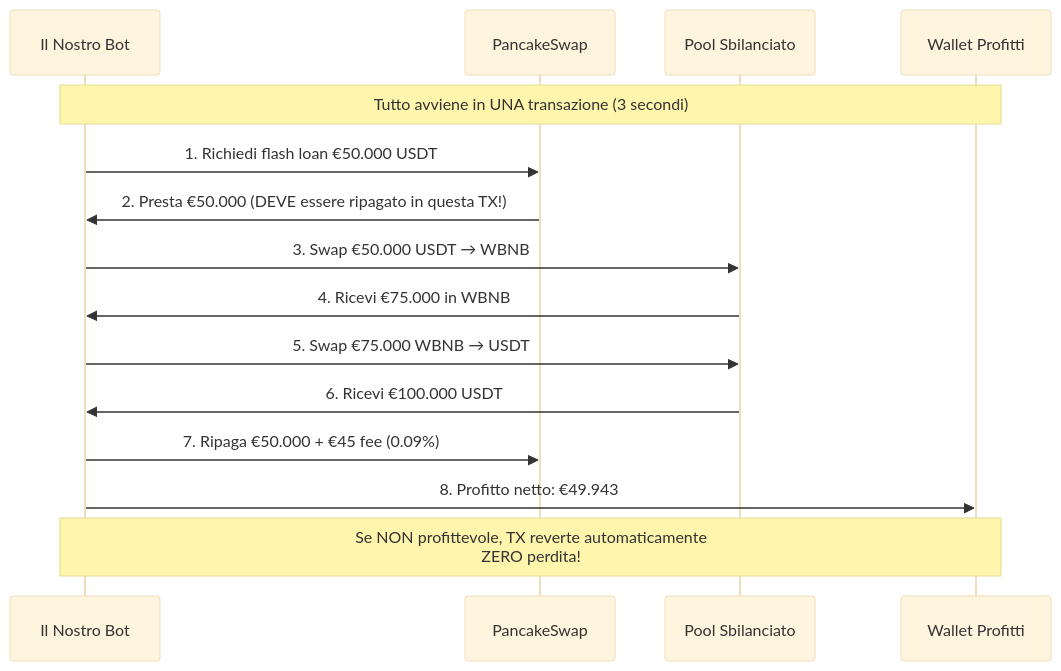
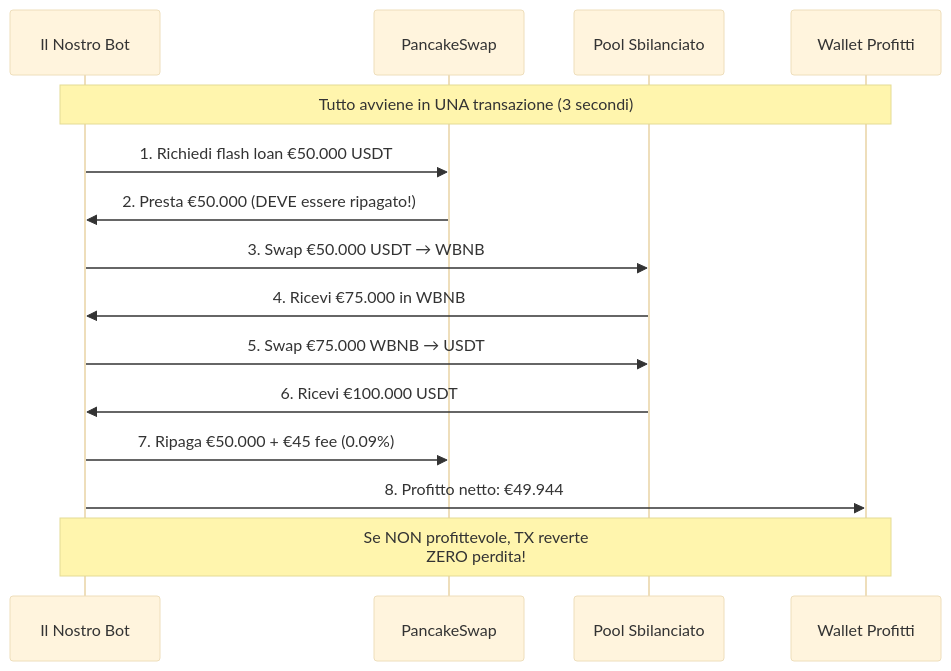
The fifth of 8 diagrams in PROPOSTA_ESECUTIVA_ARBITRAGGIO_BSC.md (AIgen-Solutions-s-r-l/bsc), drawn with Mermaid (base theme) before and after one commit. The commit also changed other lines of this file, not shown here.

````diff
--- a/PROPOSTA_ESECUTIVA_ARBITRAGGIO_BSC.md
+++ b/PROPOSTA_ESECUTIVA_ARBITRAGGIO_BSC.md
@@ -472,23 +449,23 @@
 ```mermaid
 sequenceDiagram
     participant Bot as Il Nostro Bot
     participant Pancake as PancakeSwap
     participant Pool as Pool Sbilanciato
     participant Wallet as Wallet Profitti
 
     Note over Bot,Wallet: Tutto avviene in UNA transazione (3 secondi)
 
     Bot->>Pancake: 1. Richiedi flash loan €50.000 USDT
-    Pancake->>Bot: 2. Presta €50.000 (DEVE essere ripagato in questa TX!)
+    Pancake->>Bot: 2. Presta €50.000 (DEVE essere ripagato!)
 
     Bot->>Pool: 3. Swap €50.000 USDT → WBNB
     Pool->>Bot: 4. Ricevi €75.000 in WBNB
 
     Bot->>Pool: 5. Swap €75.000 WBNB → USDT
     Pool->>Bot: 6. Ricevi €100.000 USDT
 
     Bot->>Pancake: 7. Ripaga €50.000 + €45 fee (0.09%)
-    Bot->>Wallet: 8. Profitto netto: €49.943
+    Bot->>Wallet: 8. Profitto netto: €49.944
 
-    Note over Bot,Wallet: Se NON profittevole, TX reverte automaticamente<br/>ZERO perdita!
+    Note over Bot,Wallet: Se NON profittevole, TX reverte<br/>ZERO perdita!
 ```
````
